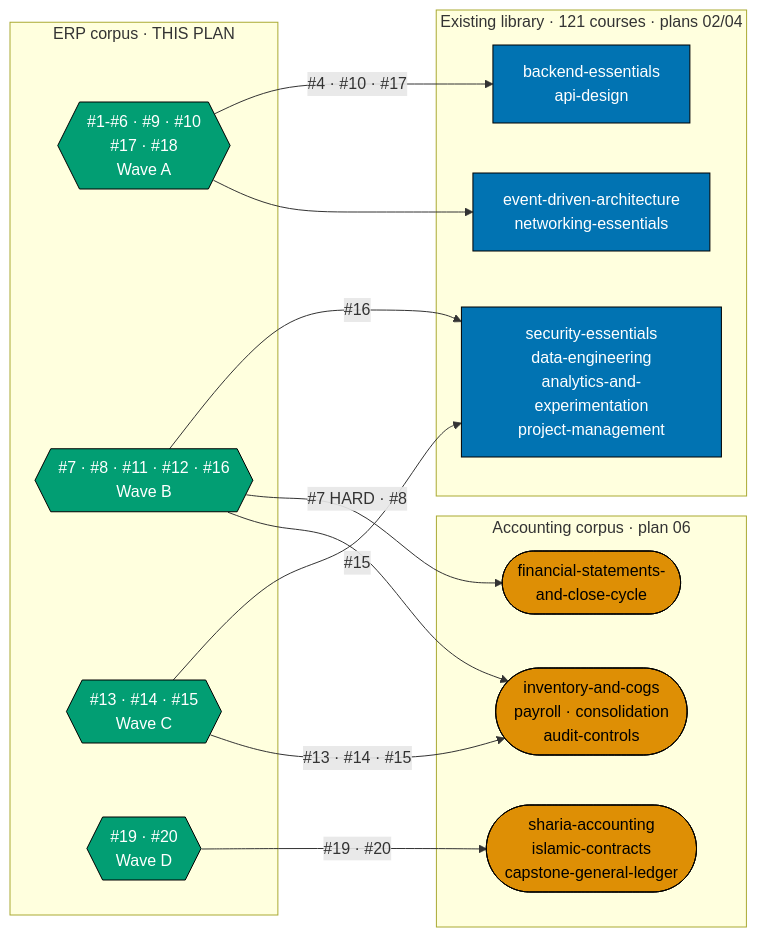
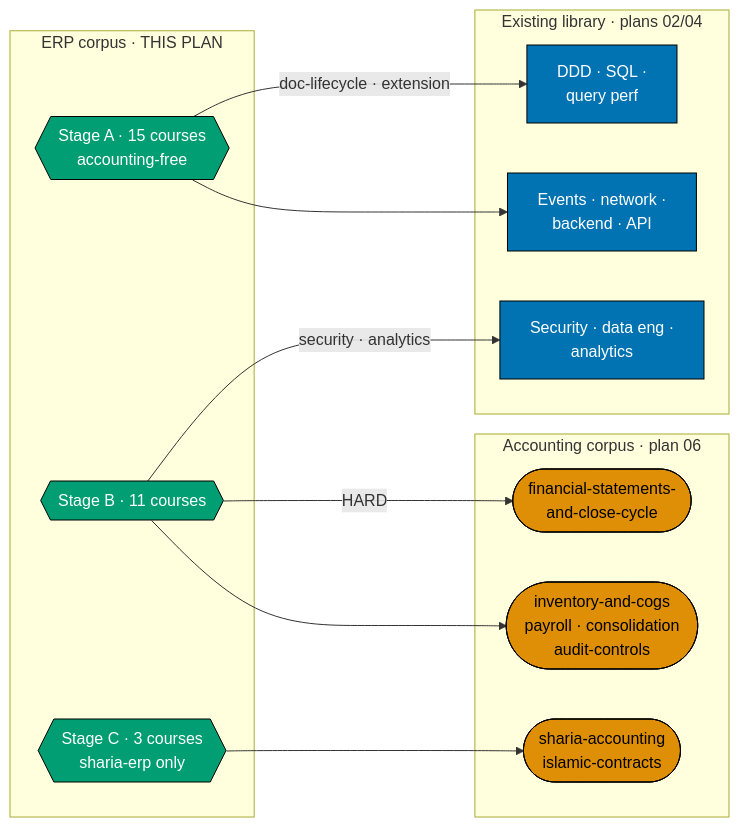
The first of 3 diagrams in plans/backlog/ayokoding-learning-path-07-skills-erp/tech-docs.md (wahidyankf/baseerah), drawn with Mermaid before and after one commit. The commit also changed other lines of this file and 36 other files, not shown here.

First line of the commit message:
docs(plans): rewrite the ERP plan into two paths at build-founding depth

````diff
--- a/plans/backlog/ayokoding-learning-path-07-skills-erp/tech-docs.md
+++ b/plans/backlog/ayokoding-learning-path-07-skills-erp/tech-docs.md
@@ -111,36 +219,33 @@
 ```mermaid
 %% Cross-domain prerequisite structure. Node SHAPE encodes domain:
 %% rectangle = existing software-engineering library, stadium = accounting corpus (plan 06),
 %% hexagon = ERP corpus (this plan). Every edge points INTO a prerequisite's domain,
 %% and no edge leaves the ERP subgraph — the coupling is acyclic by construction.
 flowchart LR
-    subgraph SWE["Existing library · 121 courses · plans 02/04"]
-        S1["backend-essentials<br/>api-design"]:::swe
-        S2["event-driven-architecture<br/>networking-essentials"]:::swe
-        S3["security-essentials<br/>data-engineering<br/>analytics-and-experimentation<br/>project-management"]:::swe
+    subgraph SWE["Existing library · plans 02/04"]
+        S1["DDD · SQL ·<br/>query perf"]:::swe
+        S2["Events · network ·<br/>backend · API"]:::swe
+        S3["Security · data eng ·<br/>analytics"]:::swe
     end
     subgraph ACC["Accounting corpus · plan 06"]
         A1(["financial-statements-<br/>and-close-cycle"]):::acc
         A2(["inventory-and-cogs<br/>payroll · consolidation<br/>audit-controls"]):::acc
-        A3(["sharia-accounting<br/>islamic-contracts<br/>capstone-general-ledger"]):::acc
+        A3(["sharia-accounting<br/>islamic-contracts"]):::acc
     end
     subgraph ERP["ERP corpus · THIS PLAN"]
-        E1{{"#1-#6 · #9 · #10<br/>#17 · #18<br/>Wave A"}}:::erp
-        E2{{"#7 · #8 · #11 · #12 · #16<br/>Wave B"}}:::erp
-        E3{{"#13 · #14 · #15<br/>Wave C"}}:::erp
-        E4{{"#19 · #20<br/>Wave D"}}:::erp
+        E1{{"Stage A · 15 courses<br/>accounting-free"}}:::erp
+        E2{{"Stage B · 11 courses"}}:::erp
+        E3{{"Stage C · 3 courses<br/>sharia-erp only"}}:::erp
     end
 
-    E1 -->|"#4 · #10 · #17"| S1
+    E1 -->|"doc-lifecycle · extension"| S1
     E1 --> S2
-    E3 -->|"#15"| S3
-    E2 -->|"#16"| S3
-    E2 -->|"#7 HARD · #8"| A1
+    E2 -->|"security · analytics"| S3
+    E2 -->|"HARD"| A1
     E2 --> A2
-    E3 -->|"#13 · #14 · #15"| A2
-    E4 -->|"#19 · #20"| A3
+    E3 --> A3
 
     classDef swe fill:#0173B2,stroke:#000000,color:#FFFFFF
     classDef acc fill:#DE8F05,stroke:#000000,color:#000000
     classDef erp fill:#029E73,stroke:#000000,color:#FFFFFF
 ```
````
